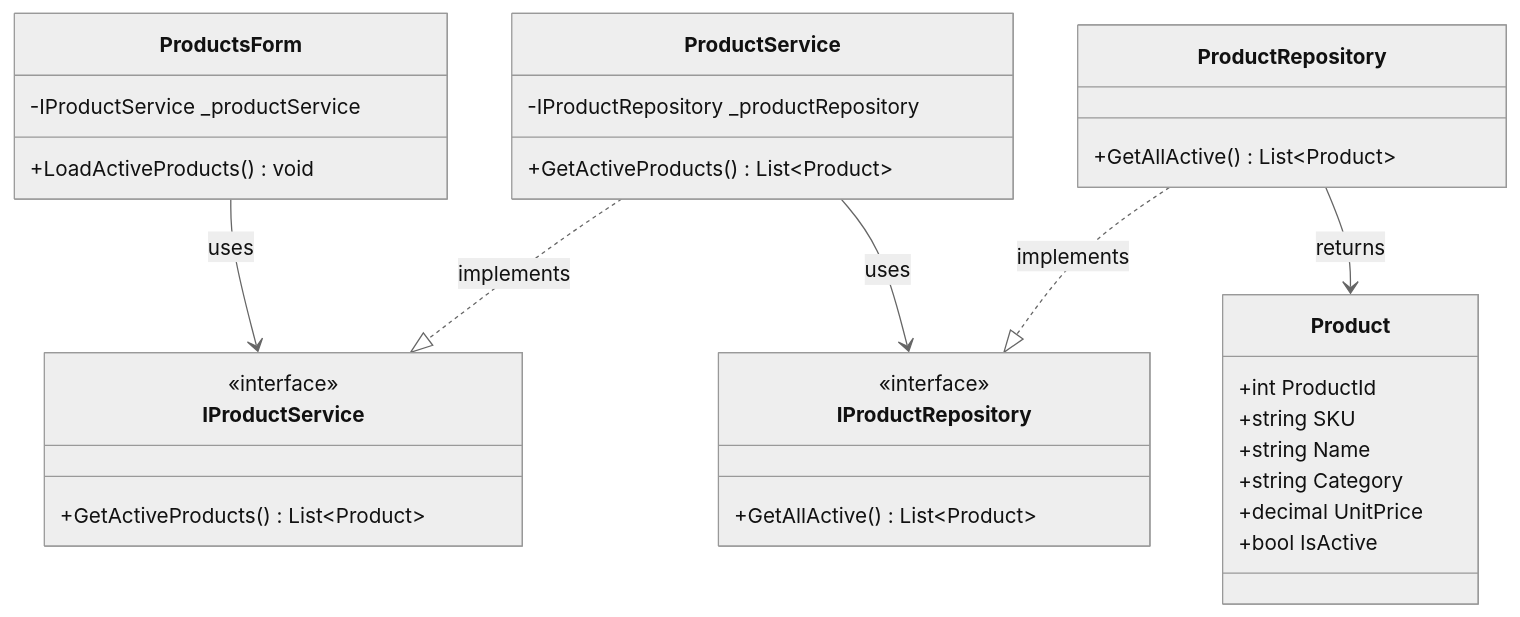
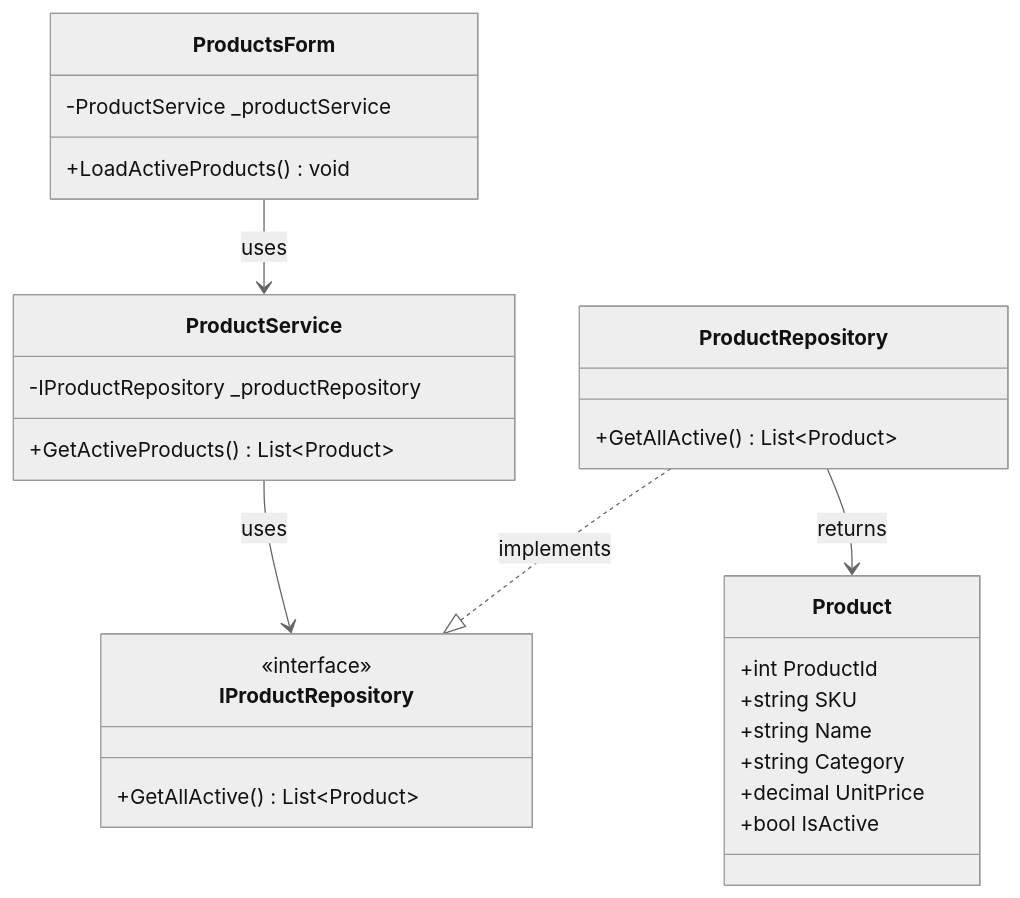
The fifth of 16 diagrams in Documentation/UML_Diagrams/13_Products_UseCases.md (nahuk86/tp_diploma_nk_2026), drawn with Mermaid (neutral theme) before and after one commit. The commit also changed other lines of this file and 5 other files, not shown here.

First line of the commit message:
Fix UML documentation: remove non-existent BLL service interfaces

````diff
--- a/Documentation/UML_Diagrams/13_Products_UseCases.md
+++ b/Documentation/UML_Diagrams/13_Products_UseCases.md
@@ -210,41 +193,36 @@
 ```mermaid
 classDiagram
     class ProductsForm {
-        -IProductService _productService
+        -ProductService _productService
         +LoadActiveProducts() void
     }
 
-    class IProductService {
-        <<interface>>
-        +GetActiveProducts() List~Product~
-    }
 
     class ProductService {
         -IProductRepository _productRepository
         +GetActiveProducts() List~Product~
     }
 
     class IProductRepository {
         <<interface>>
         +GetAllActive() List~Product~
     }
 
     class ProductRepository {
         +GetAllActive() List~Product~
     }
 
     class Product {
         +int ProductId
         +string SKU
         +string Name
         +string Category
         +decimal UnitPrice
         +bool IsActive
     }
 
-    ProductsForm --> IProductService : uses
-    ProductService ..|> IProductService : implements
+    ProductsForm --> ProductService : uses
     ProductService --> IProductRepository : uses
     ProductRepository ..|> IProductRepository : implements
     ProductRepository --> Product : returns
 ```
````
